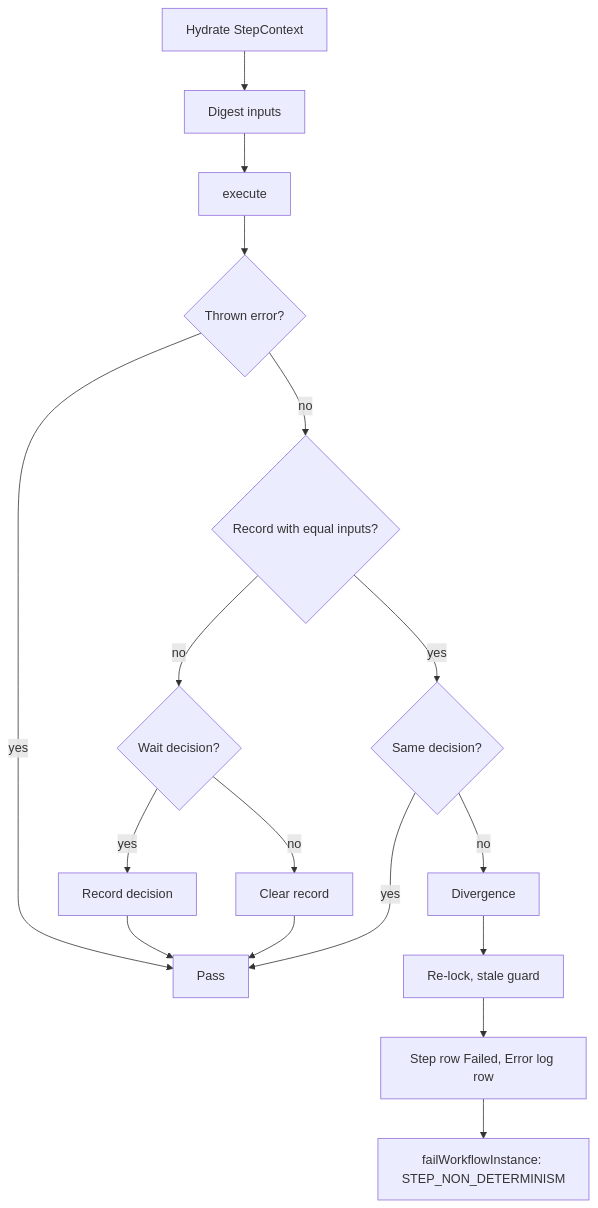
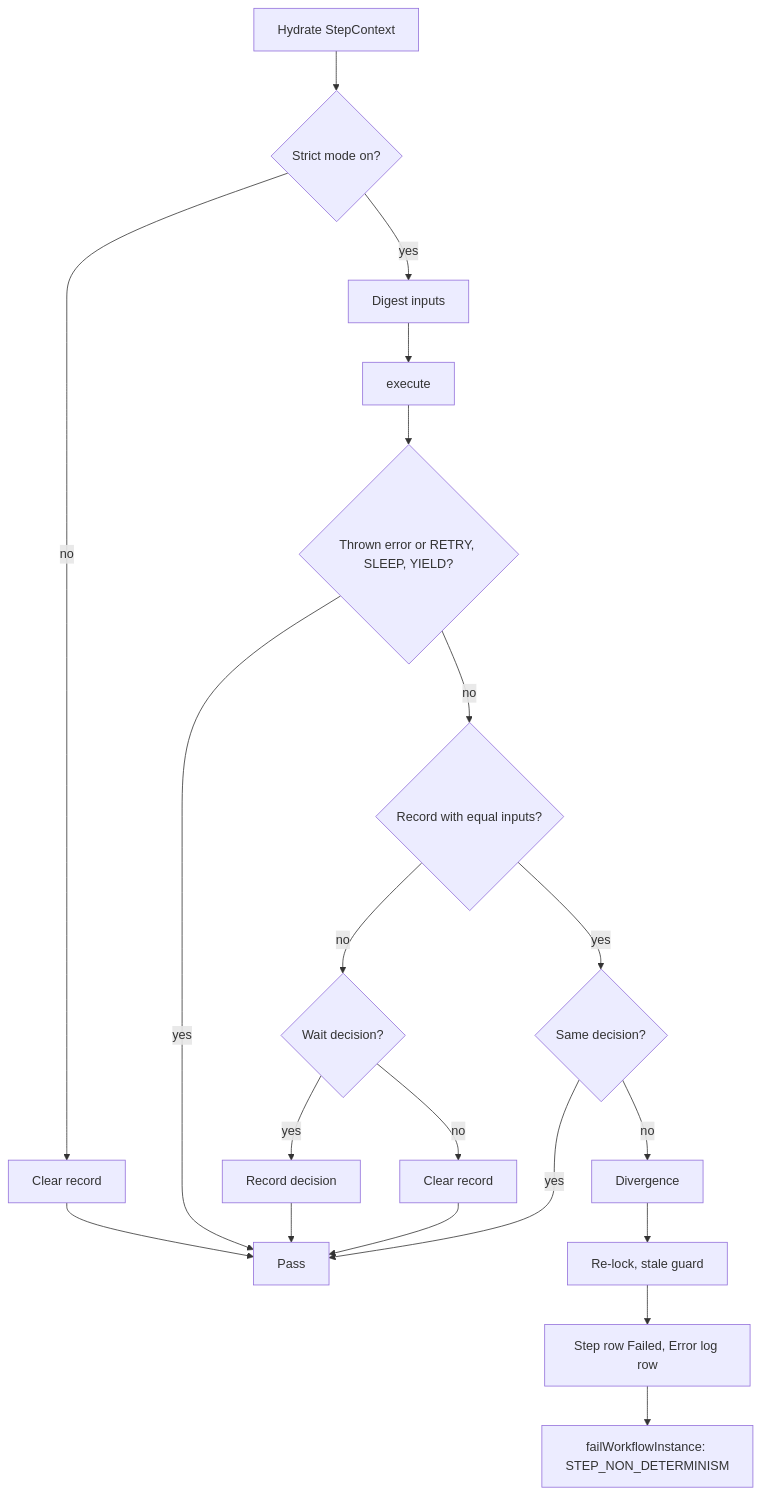
The diagram in docs/strict-determinism.md (madmax983/revenant), drawn with Mermaid before and after one commit. The commit also changed other lines of this file and 22 other files, not shown here.

````diff
--- a/docs/strict-determinism.md
+++ b/docs/strict-determinism.md
@@ -79,17 +93,19 @@
 ```mermaid
 flowchart TD
-    A[Hydrate StepContext] --> B[Digest inputs]
+    A[Hydrate StepContext] --> S{Strict mode on?}
+    S -- no --> Z[Clear record] --> P[Pass]
+    S -- yes --> B[Digest inputs]
     B --> C[execute]
-    C --> D{Thrown error?}
-    D -- yes --> P[Pass]
+    C --> D{Thrown error or RETRY, SLEEP, YIELD?}
+    D -- yes --> P
     D -- no --> E{Record with equal inputs?}
     E -- no --> F{Wait decision?}
     F -- yes --> R[Record decision] --> P
     F -- no --> X[Clear record] --> P
     E -- yes --> G{Same decision?}
     G -- yes --> P
     G -- no --> H[Divergence]
     H --> I[Re-lock, stale guard]
     I --> J[Step row Failed, Error log row]
     J --> K[failWorkflowInstance: STEP_NON_DETERMINISM]
 ```
````
